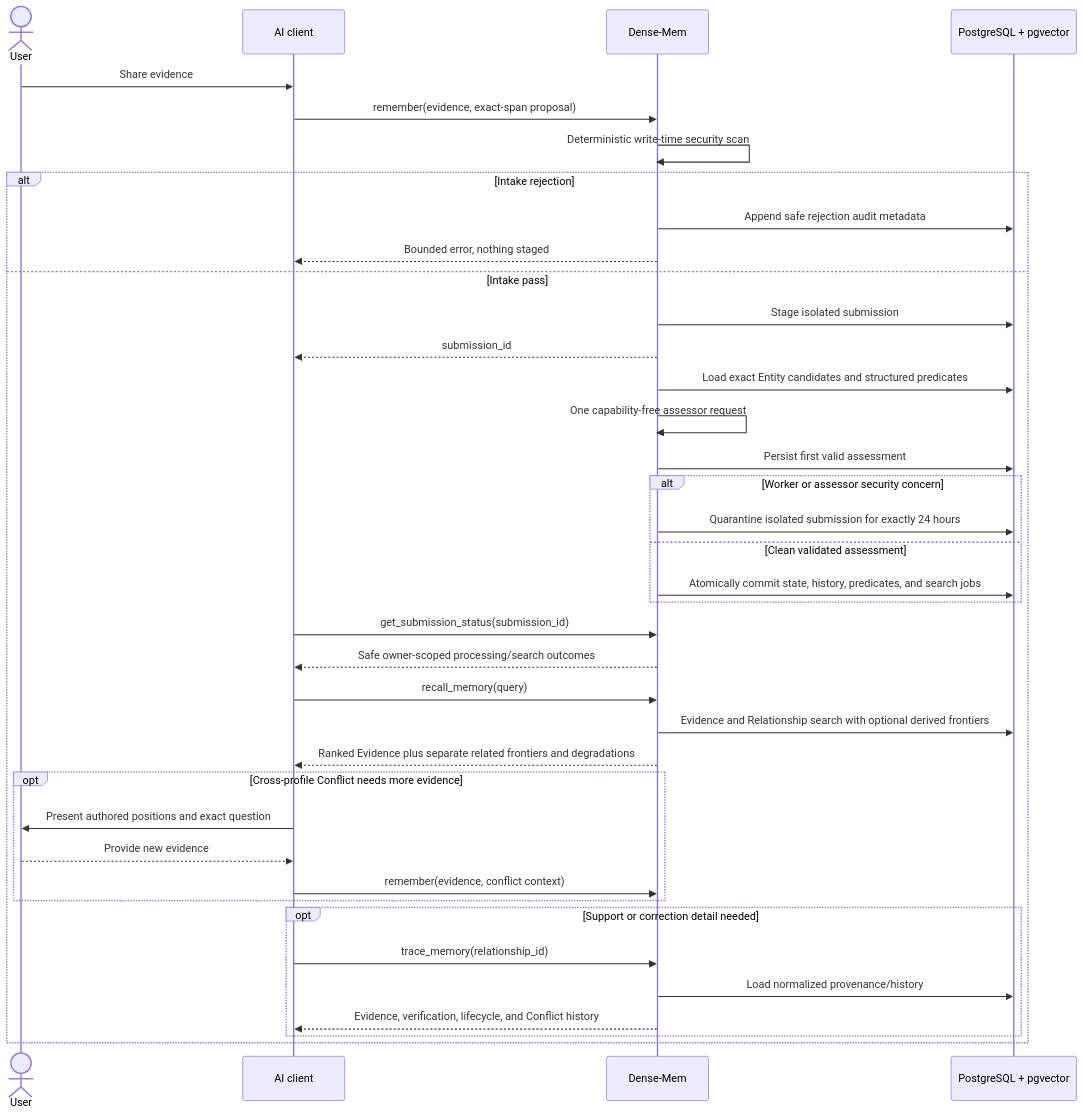
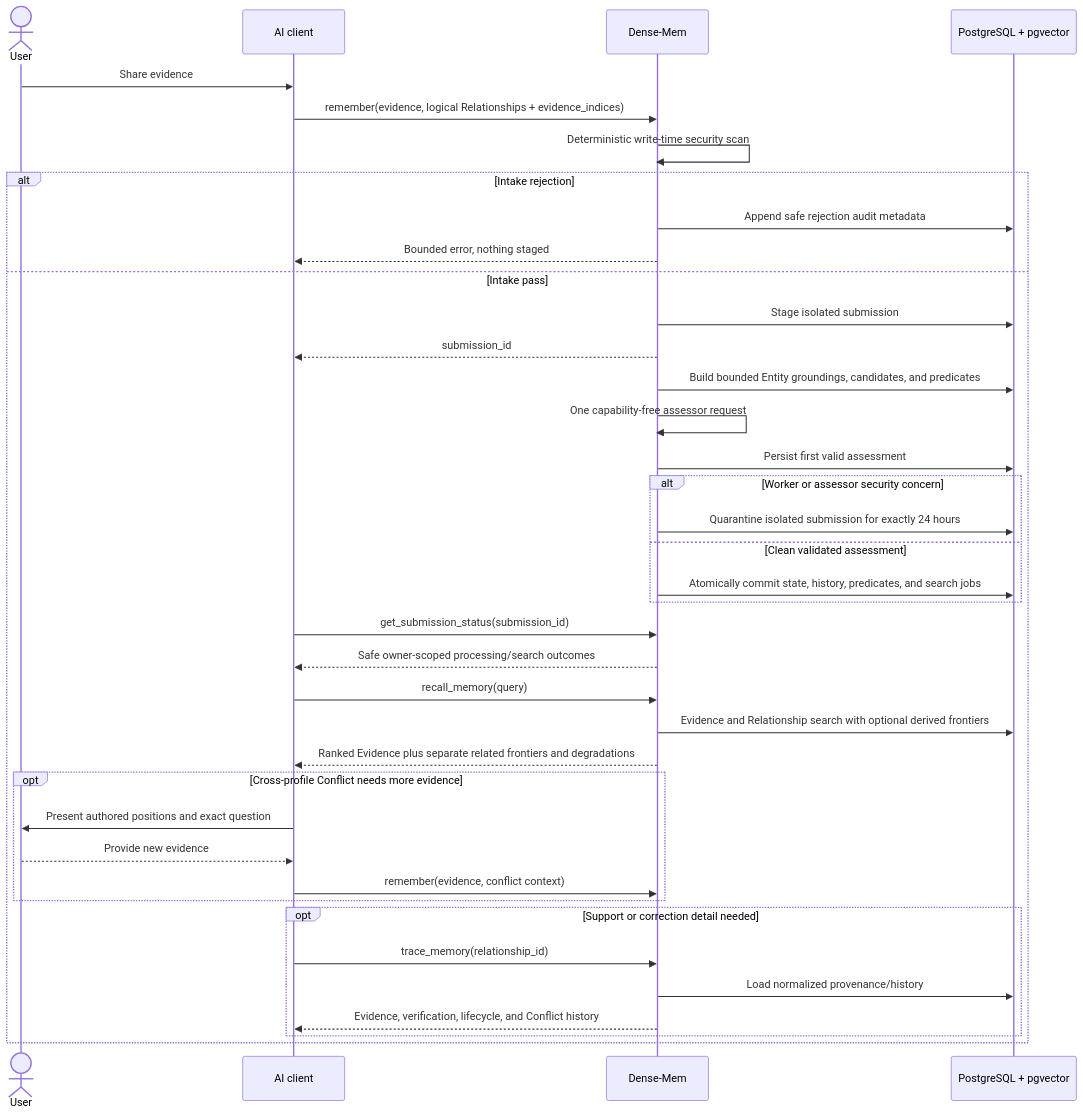
The first of 3 diagrams in Home.md (markhuangai/dense-mem), drawn with Mermaid before and after one commit. The commit also changed other lines of this file and 24 other files, not shown here.

````diff
--- a/Home.md
+++ b/Home.md
@@ -26,42 +26,42 @@
 ```mermaid
 %%{init: {"sequence": {"rightAngles": true}}}%%
 sequenceDiagram
   actor User
   participant Host as AI client
   participant DM as Dense-Mem
   participant PG as PostgreSQL + pgvector
 
   User->>Host: Share evidence
-  Host->>DM: remember(evidence, exact-span proposal)
+  Host->>DM: remember(evidence, logical Relationships + evidence_indices)
   DM->>DM: Deterministic write-time security scan
   alt Intake rejection
     DM->>PG: Append safe rejection audit metadata
     DM-->>Host: Bounded error, nothing staged
   else Intake pass
     DM->>PG: Stage isolated submission
     DM-->>Host: submission_id
-    DM->>PG: Load exact Entity candidates and structured predicates
+    DM->>PG: Build bounded Entity groundings, candidates, and predicates
     DM->>DM: One capability-free assessor request
     DM->>PG: Persist first valid assessment
     alt Worker or assessor security concern
       DM->>PG: Quarantine isolated submission for exactly 24 hours
     else Clean validated assessment
       DM->>PG: Atomically commit state, history, predicates, and search jobs
     end
     Host->>DM: get_submission_status(submission_id)
     DM-->>Host: Safe owner-scoped processing/search outcomes
     Host->>DM: recall_memory(query)
     DM->>PG: Evidence and Relationship search with optional derived frontiers
     DM-->>Host: Ranked Evidence plus separate related frontiers and degradations
     opt Cross-profile Conflict needs more evidence
       Host->>User: Present authored positions and exact question
       User-->>Host: Provide new evidence
       Host->>DM: remember(evidence, conflict context)
     end
     opt Support or correction detail needed
       Host->>DM: trace_memory(relationship_id)
       DM->>PG: Load normalized provenance/history
       DM-->>Host: Evidence, verification, lifecycle, and Conflict history
     end
   end
 ```
````
